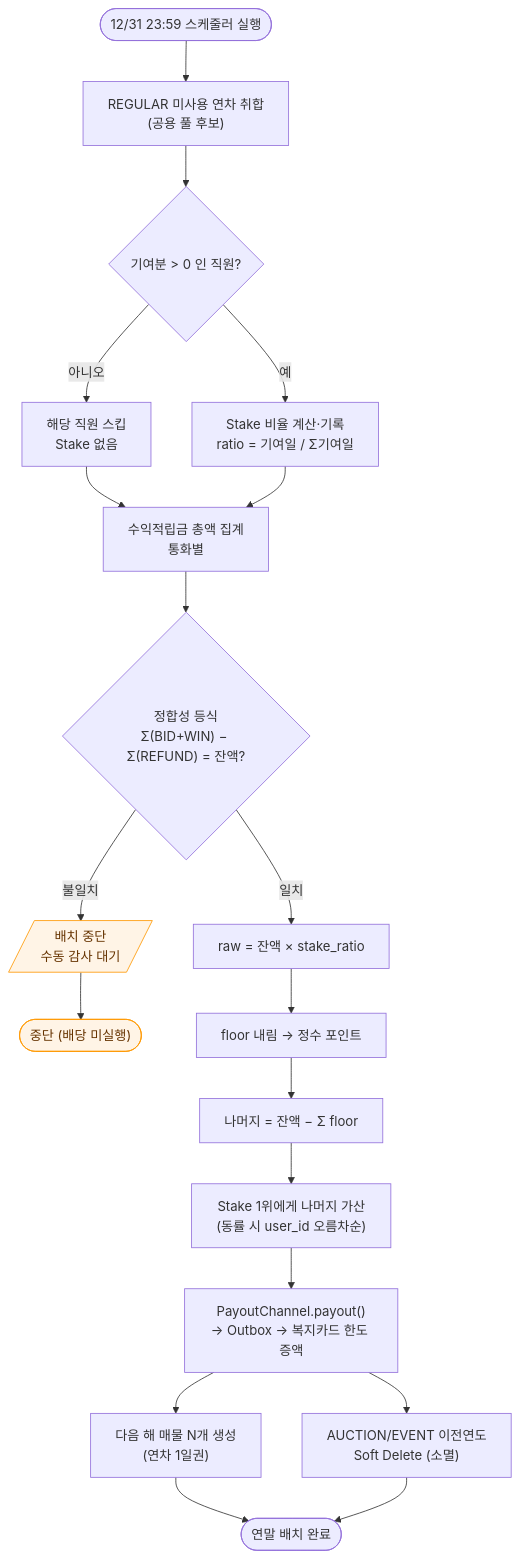
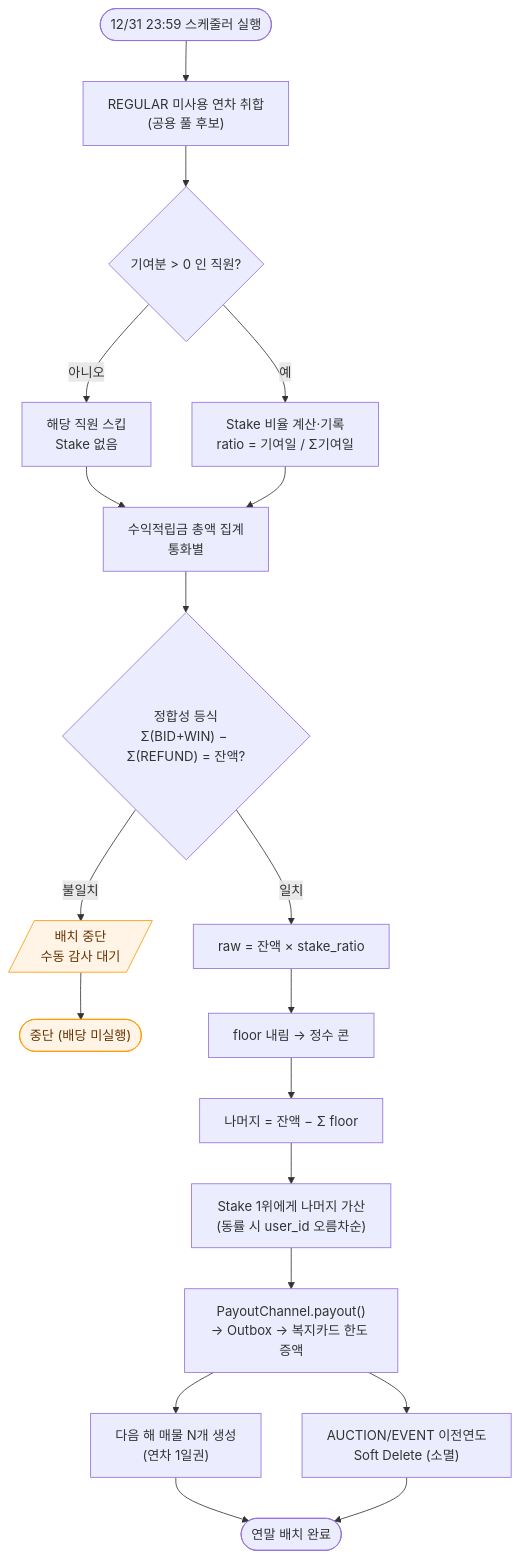
The diagram in docs/03_design/uml/05-activity-year-end.md (R-and-J/TimesoftCone), drawn with Mermaid before and after one commit. The commit also changed 129 other files, not shown here.

````diff
--- a/docs/03_design/uml/05-activity-year-end.md
+++ b/docs/03_design/uml/05-activity-year-end.md
@@ -24,27 +24,27 @@
 ```mermaid
 flowchart TD
     start(["12/31 23:59 스케줄러 실행"]) --> collect["REGULAR 미사용 연차 취합<br/>(공용 풀 후보)"]
     collect --> q0{"기여분 &gt; 0 인 직원?"}
     q0 -- 아니오 --> skip["해당 직원 스킵<br/>Stake 없음"]
     q0 -- 예 --> stake["Stake 비율 계산·기록<br/>ratio = 기여일 / Σ기여일"]
     skip --> sumEscrow
     stake --> sumEscrow["수익적립금 총액 집계<br/>통화별"]
 
     sumEscrow --> verify{"정합성 등식<br/>Σ(BID+WIN) − Σ(REFUND) = 잔액?"}
     verify -- 불일치 --> halt[/"배치 중단<br/>수동 감사 대기"/]
     halt --> stopEnd(["중단 (배당 미실행)"])
 
     verify -- 일치 --> raw["raw = 잔액 × stake_ratio"]
-    raw --> floor["floor 내림 → 정수 포인트"]
+    raw --> floor["floor 내림 → 정수 콘"]
     floor --> rem["나머지 = 잔액 − Σ floor"]
     rem --> top["Stake 1위에게 나머지 가산<br/>(동률 시 user_id 오름차순)"]
     top --> payout["PayoutChannel.payout()<br/>→ Outbox → 복지카드 한도 증액"]
 
     payout --> forkA["다음 해 매물 N개 생성<br/>(연차 1일권)"]
     payout --> forkB["AUCTION/EVENT 이전연도<br/>Soft Delete (소멸)"]
     forkA --> done(["연말 배치 완료"])
     forkB --> done
 
     classDef warn fill:#fff4e6,stroke:#ff9900,color:#663300
     class halt,stopEnd warn
 ```
````
